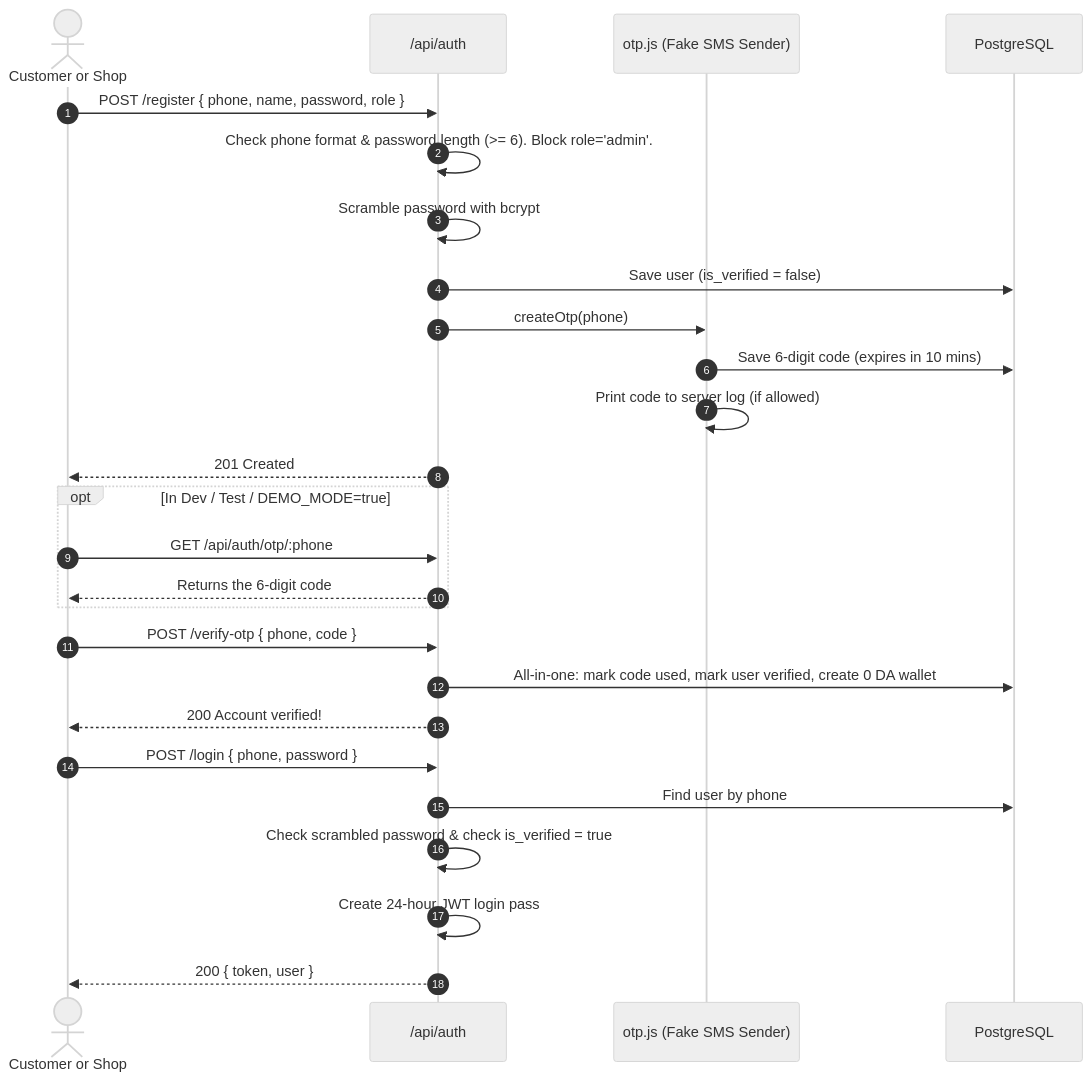
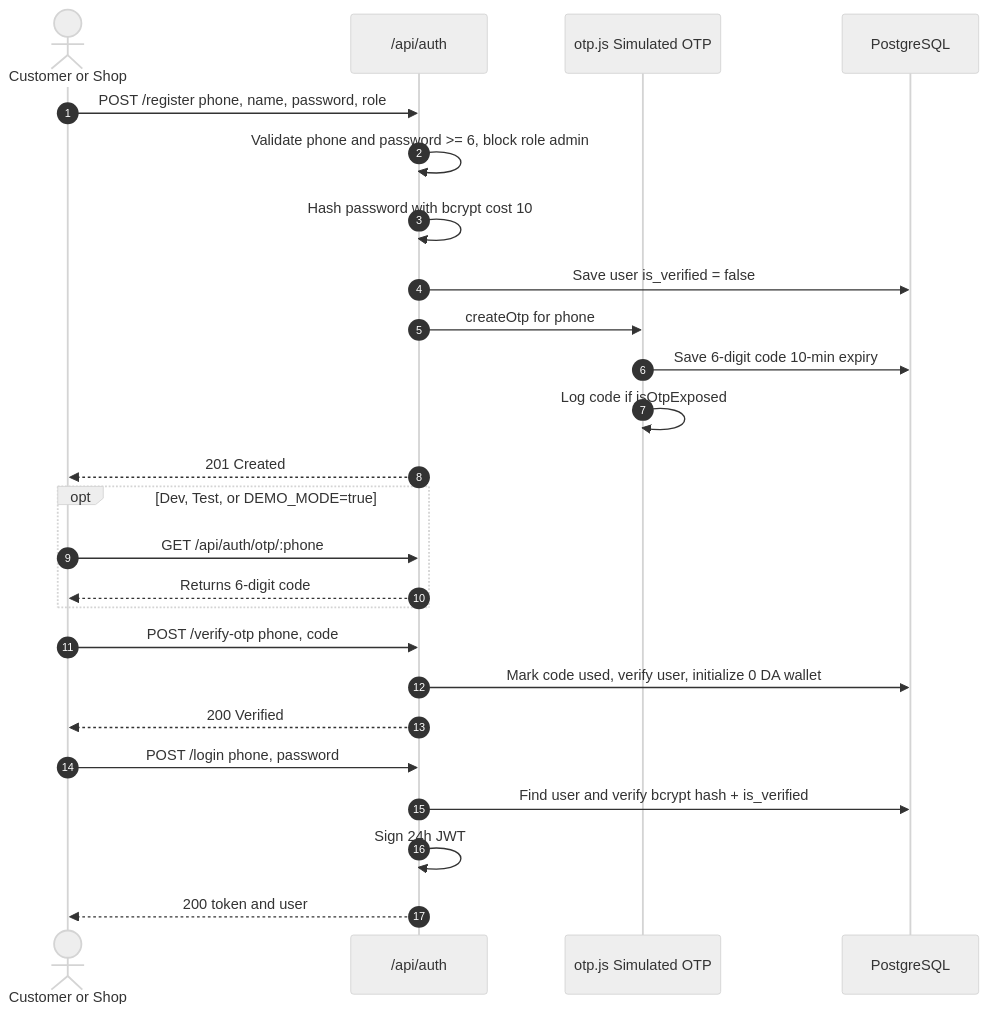
Before and after one commit to lyna-asma/project1-dtc: the first of 3 diagrams in docs/04-security-auth-and-rbac.md, drawn with Mermaid (neutral theme). The commit also changed other lines of this file and 19 other files, not shown here.

Commit message:
docs: align Blendinar v1 product plan, 9-milestone backlog, ADRs, and visual diagrams

````diff
--- a/docs/04-security-auth-and-rbac.md
+++ b/docs/04-security-auth-and-rbac.md
@@ -9,32 +9,31 @@
 ```mermaid
 sequenceDiagram
     autonumber
     actor User as Customer or Shop
     participant Auth as /api/auth
-    participant OTP as otp.js (Fake SMS Sender)
+    participant OTP as otp.js Simulated OTP
     participant DB as PostgreSQL
 
-    User->>Auth: POST /register { phone, name, password, role }
-    Auth->>Auth: Check phone format & password length (>= 6). Block role='admin'.
-    Auth->>Auth: Scramble password with bcrypt
-    Auth->>DB: Save user (is_verified = false)
-    Auth->>OTP: createOtp(phone)
-    OTP->>DB: Save 6-digit code (expires in 10 mins)
-    OTP->>OTP: Print code to server log (if allowed)
+    User->>Auth: POST /register phone, name, password, role
+    Auth->>Auth: Validate phone and password >= 6, block role admin
+    Auth->>Auth: Hash password with bcrypt cost 10
+    Auth->>DB: Save user is_verified = false
+    Auth->>OTP: createOtp for phone
+    OTP->>DB: Save 6-digit code 10-min expiry
+    OTP->>OTP: Log code if isOtpExposed
     Auth-->>User: 201 Created
 
-    opt In Dev / Test / DEMO_MODE=true
+    opt Dev, Test, or DEMO_MODE=true
         User->>Auth: GET /api/auth/otp/:phone
-        Auth-->>User: Returns the 6-digit code
+        Auth-->>User: Returns 6-digit code
     end
 
-    User->>Auth: POST /verify-otp { phone, code }
-    Auth->>DB: All-in-one: mark code used, mark user verified, create 0 DA wallet
-    Auth-->>User: 200 Account verified!
+    User->>Auth: POST /verify-otp phone, code
+    Auth->>DB: Mark code used, verify user, initialize 0 DA wallet
+    Auth-->>User: 200 Verified
 
-    User->>Auth: POST /login { phone, password }
-    Auth->>DB: Find user by phone
-    Auth->>Auth: Check scrambled password & check is_verified = true
-    Auth->>Auth: Create 24-hour JWT login pass
-    Auth-->>User: 200 { token, user }
+    User->>Auth: POST /login phone, password
+    Auth->>DB: Find user and verify bcrypt hash + is_verified
+    Auth->>Auth: Sign 24h JWT
+    Auth-->>User: 200 token and user
 ```
````
